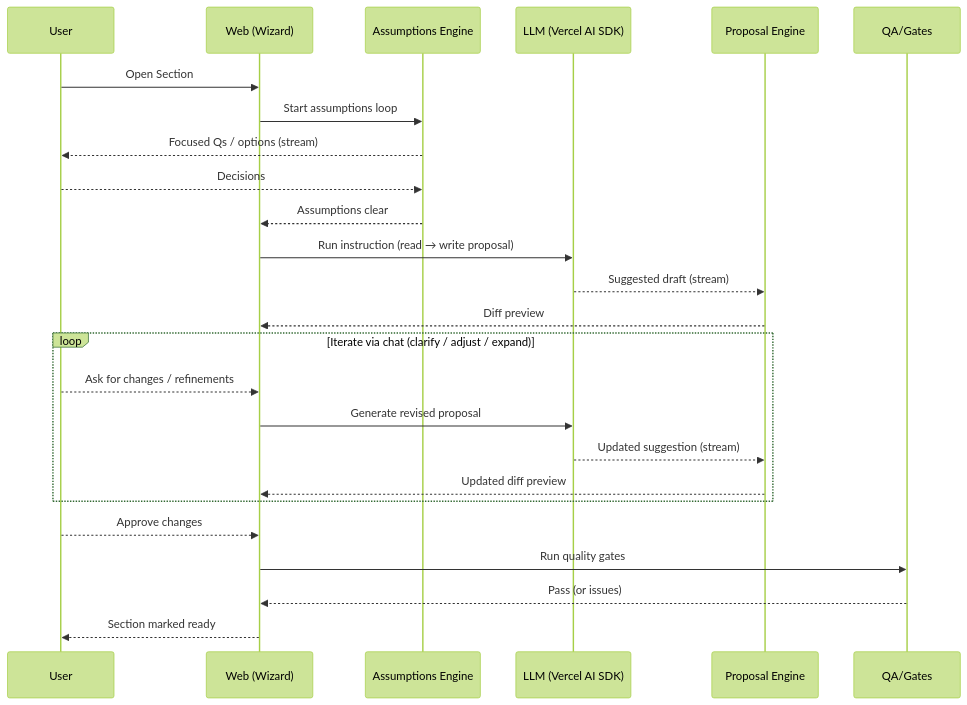
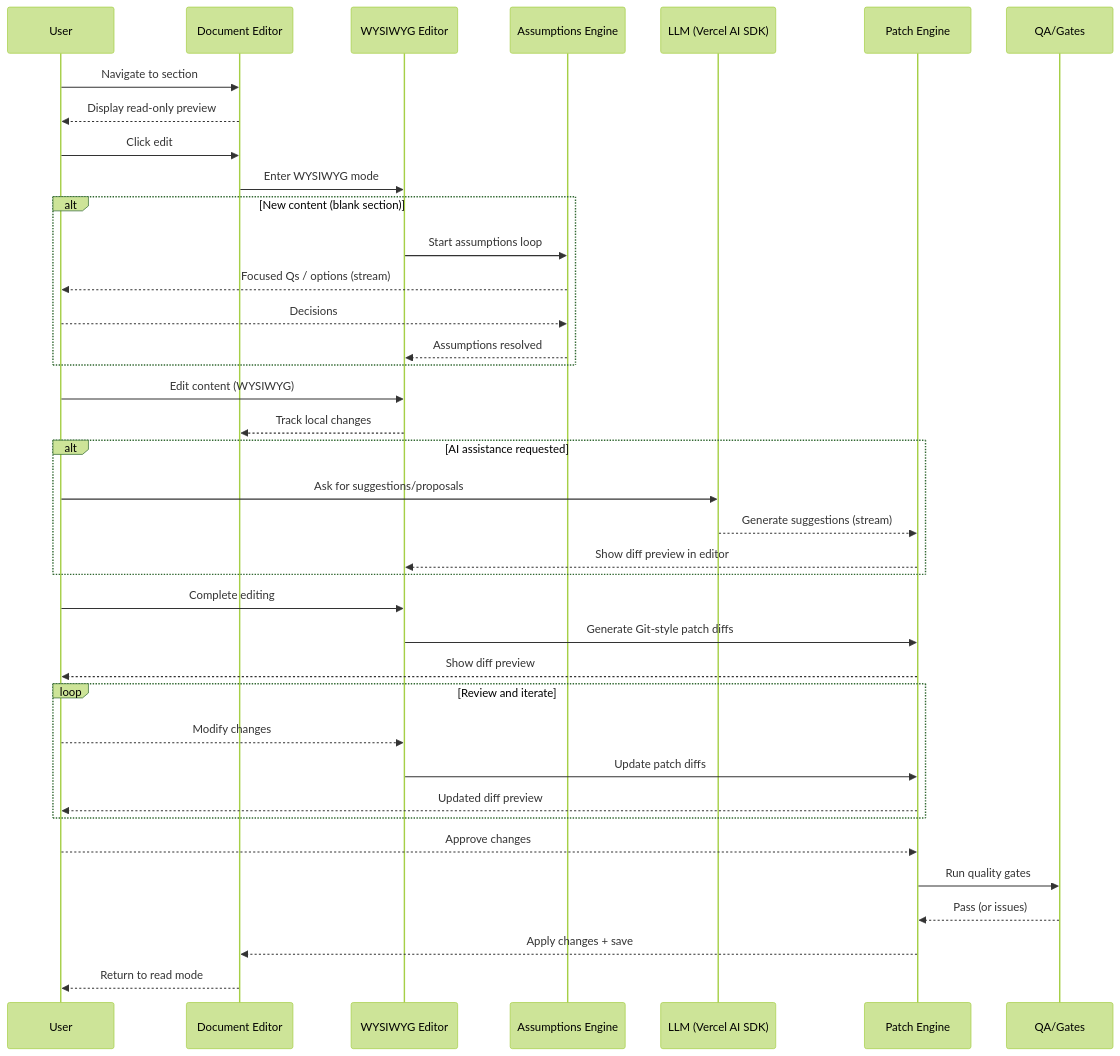
Before and after one commit to danwashusen/ctrl-freaq: the third of 6 diagrams in docs/architecture.md, drawn with Mermaid (forest theme). The commit also changed other lines of this file and 2 other files, not shown here.

First line of the commit message:
Epic 2 redesign: comprehensive Document Editor with Milkdown integration

````diff
--- a/docs/architecture.md
+++ b/docs/architecture.md
@@ -1107,27 +1134,40 @@
 ```mermaid
 sequenceDiagram
   participant U as User
-  participant W as Web (Wizard)
+  participant E as Document Editor
+  participant W as WYSIWYG Editor
   participant A as Assumptions Engine
   participant L as LLM (Vercel AI SDK)
-  participant P as Proposal Engine
+  participant P as Patch Engine
   participant Q as QA/Gates
-  U->>W: Open Section
-  W->>A: Start assumptions loop
-  A-->>U: Focused Qs / options (stream)
-  U-->>A: Decisions
-  A-->>W: Assumptions clear
-  W->>L: Run instruction (read → write proposal)
-  L-->>P: Suggested draft (stream)
-  P-->>W: Diff preview
-  loop Iterate via chat (clarify / adjust / expand)
-    U-->>W: Ask for changes / refinements
-    W->>L: Generate revised proposal
-    L-->>P: Updated suggestion (stream)
-    P-->>W: Updated diff preview
+  U->>E: Navigate to section
+  E-->>U: Display read-only preview
+  U->>E: Click edit
+  E->>W: Enter WYSIWYG mode
+  alt New content (blank section)
+    W->>A: Start assumptions loop
+    A-->>U: Focused Qs / options (stream)
+    U-->>A: Decisions
+    A-->>W: Assumptions resolved
   end
-  U-->>W: Approve changes
-  W->>Q: Run quality gates
-  Q-->>W: Pass (or issues)
-  W-->>U: Section marked ready
+  U->>W: Edit content (WYSIWYG)
+  W-->>E: Track local changes
+  alt AI assistance requested
+    U->>L: Ask for suggestions/proposals
+    L-->>P: Generate suggestions (stream)
+    P-->>W: Show diff preview in editor
+  end
+  U->>W: Complete editing
+  W->>P: Generate Git-style patch diffs
+  P-->>U: Show diff preview
+  loop Review and iterate
+    U-->>W: Modify changes
+    W->>P: Update patch diffs
+    P-->>U: Updated diff preview
+  end
+  U-->>P: Approve changes
+  P->>Q: Run quality gates
+  Q-->>P: Pass (or issues)
+  P-->>E: Apply changes + save
+  E-->>U: Return to read mode
 ```
````
